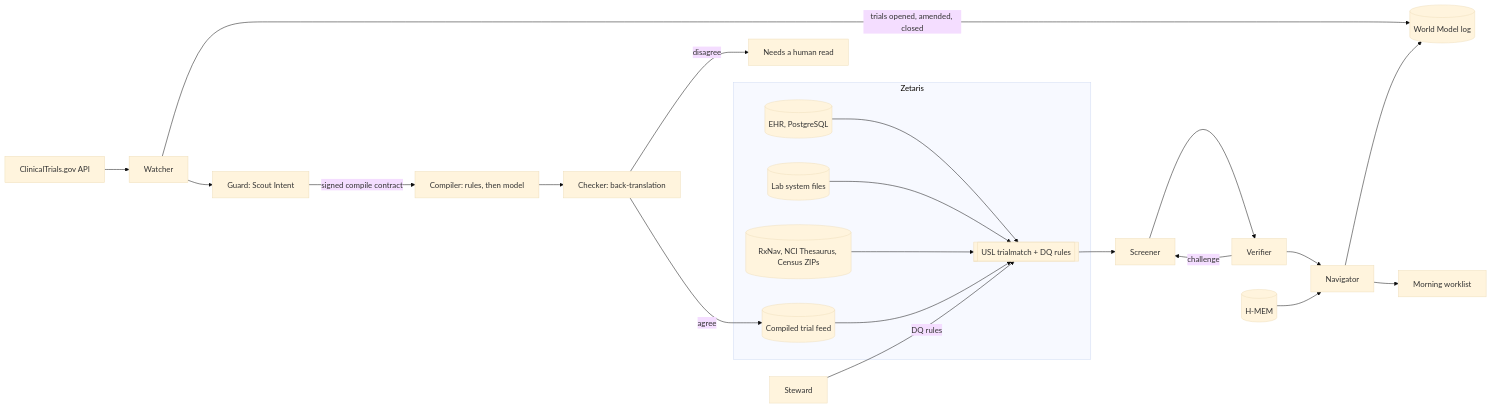
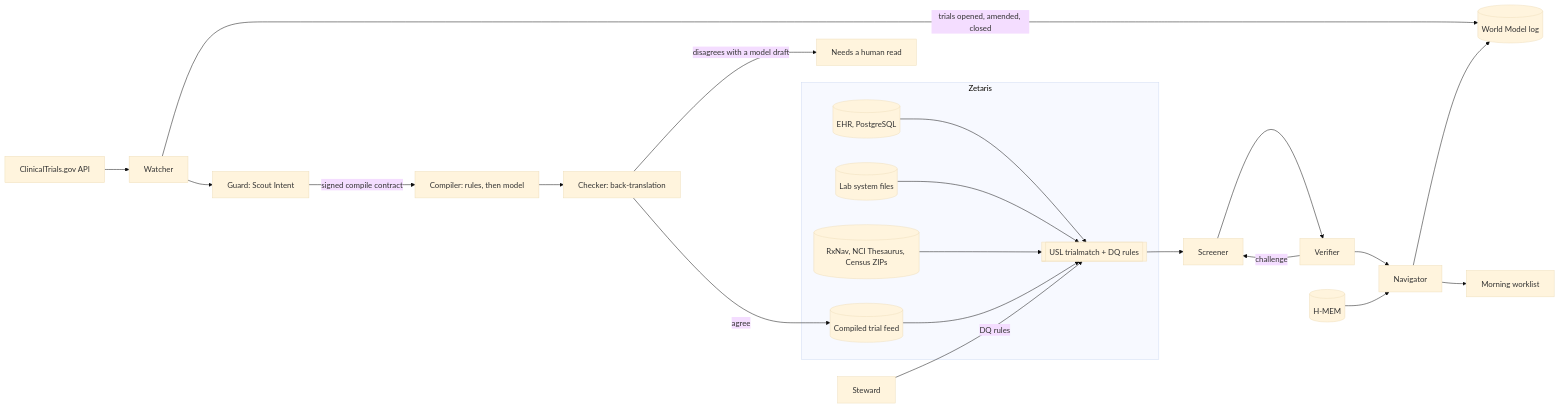
The diagram in README.md (kinnuworks/nightlist), drawn with Mermaid (base theme) before and after one commit. The commit also changed other lines of this file and 8 other files, not shown here.

````diff
--- a/README.md
+++ b/README.md
@@ -107,29 +107,29 @@
 ```mermaid
 flowchart LR
   CT[ClinicalTrials.gov API] --> W[Watcher]
   W -->|trials opened, amended, closed| WM[(World Model log)]
   W --> G[Guard: Scout Intent]
   G -->|signed compile contract| C[Compiler: rules, then model]
   C --> K[Checker: back-translation]
-  K -->|disagree| R[Needs a human read]
+  K -->|disagrees with a model draft| R[Needs a human read]
   K -->|agree| F[(Compiled trial feed)]
   subgraph Zetaris
     EHR[(EHR, PostgreSQL)]
     LAB[(Lab system files)]
     TERM[(RxNav, NCI Thesaurus, Census ZIPs)]
     F
     USL[[USL trialmatch + DQ rules]]
   end
   EHR --> USL
   LAB --> USL
   TERM --> USL
   F --> USL
   S[Steward] -->|DQ rules| USL
   USL --> SC[Screener]
   SC --> V[Verifier]
   V -->|challenge| SC
   V --> N[Navigator]
   M[(H-MEM)] --> N
   N --> WL[Morning worklist]
   N --> WM
 ```
````
